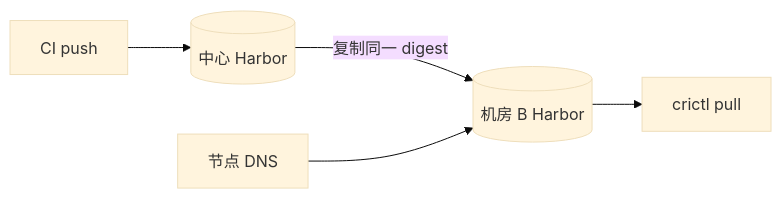
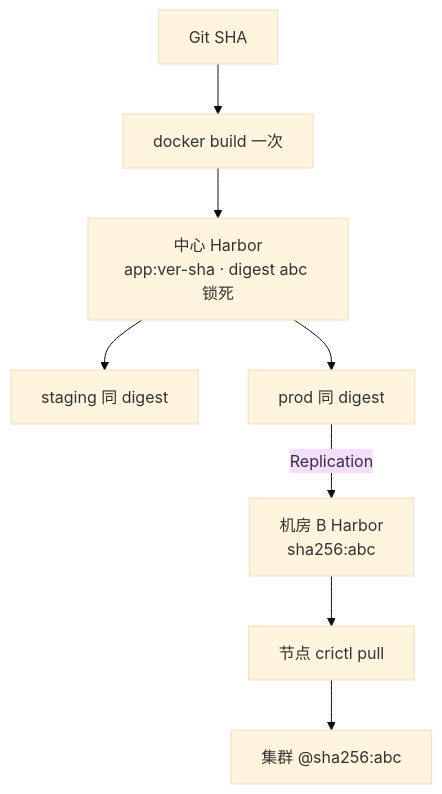
Before and after one commit to ml-cuizijun/LearnToLilith: the third of 5 diagrams in 04-工程化与自动化/03-制品与镜像/知识点.md, drawn with Mermaid (base theme). The commit also changed other lines of this file and 178 other files, not shown here.

````diff
--- a/04-工程化与自动化/03-制品与镜像/知识点.md
+++ b/04-工程化与自动化/03-制品与镜像/知识点.md
@@ -433,9 +211,10 @@
 ```mermaid
-flowchart LR
-    ci[CI push] --> c[(中心 Harbor)]
-    c -->|"复制同一 digest"| b[(机房 B Harbor)]
-    dns[节点 DNS] --> b
-    b --> pull[crictl pull]
-
-    class c,b a
+flowchart TB
+    sha[Git SHA] --> build[docker build 一次]
+    build --> center["中心 Harbor<br/>app:ver-sha · digest abc 锁死"]
+    center --> stg["staging 同 digest"]
+    center --> prod["prod 同 digest"]
+    prod -->|"Replication"| local["机房 B Harbor<br/>sha256:abc"]
+    local --> nodes[节点 crictl pull]
+    nodes --> run["集群 @sha256:abc"]
 ```
````
